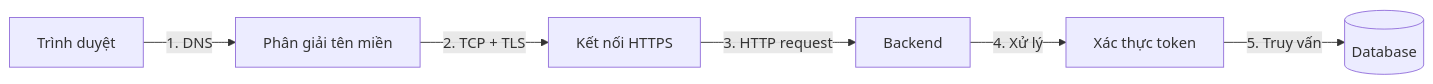
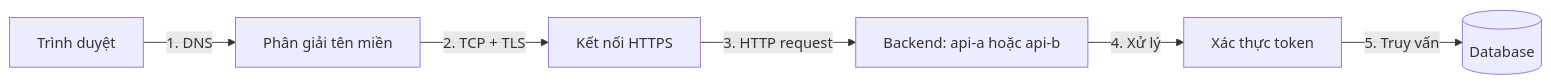
One commit to TienNHM/dotnet-course changed the diagram in lessons/stage-01-foundation/module-02-computer-science-basics/2.11-mini-case-study.md. Above: the diagram before and after it, drawn with Mermaid. The commit also changed other lines of this file and 44 other files, not shown here.

````diff
--- a/lessons/stage-01-foundation/module-02-computer-science-basics/2.11-mini-case-study.md
+++ b/lessons/stage-01-foundation/module-02-computer-science-basics/2.11-mini-case-study.md
@@ -33,8 +38,8 @@
 ```mermaid
 flowchart LR
     A[Trình duyệt] -->|1. DNS| B[Phân giải tên miền]
     B -->|2. TCP + TLS| C[Kết nối HTTPS]
-    C -->|3. HTTP request| D[Backend]
+    C -->|3. HTTP request| D[Backend: api-a hoặc api-b]
     D -->|4. Xử lý| E[Xác thực token]
     E -->|5. Truy vấn| F[(Database)]
 ```
````
